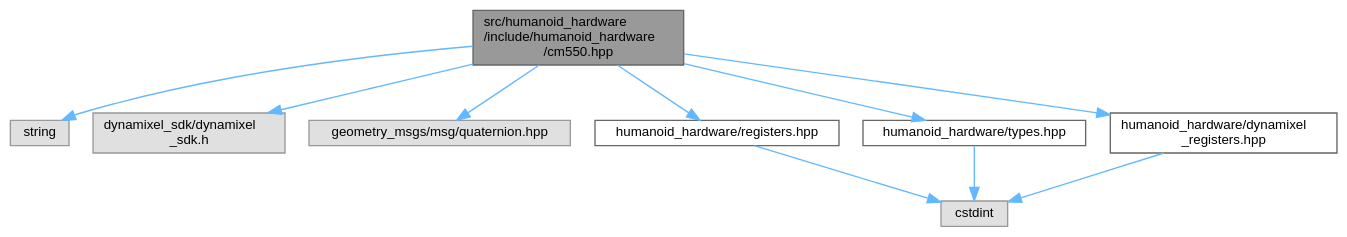
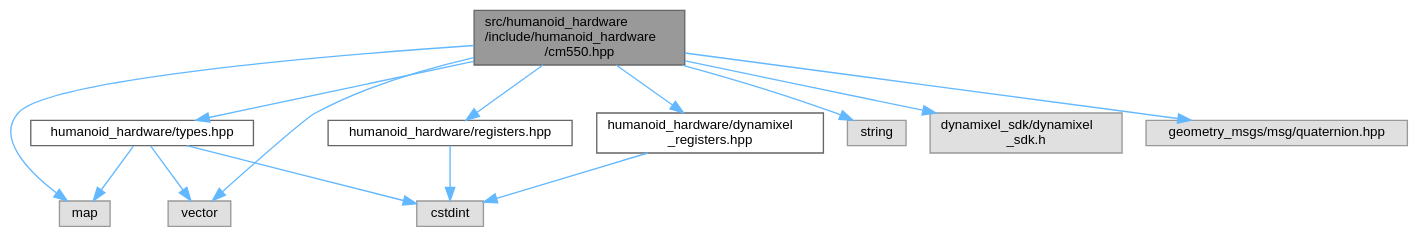
Before and after one commit to Sensor-Fusion-and-Advanced-Control/.github: the diagram in humanoid/api/cpp_generated/cm550_8hpp__incl.dot, drawn with Graphviz. The commit also changed 229 other files, not shown here.

```diff
--- a/humanoid/api/cpp_generated/cm550_8hpp__incl.dot
+++ b/humanoid/api/cpp_generated/cm550_8hpp__incl.dot
@@ -1,24 +1,30 @@
 digraph "src/humanoid_hardware/include/humanoid_hardware/cm550.hpp"
 {
  // LATEX_PDF_SIZE
   bgcolor="transparent";
   edge [fontname=Helvetica,fontsize=10,labelfontname=Helvetica,labelfontsize=10];
   node [fontname=Helvetica,fontsize=10,shape=box,height=0.2,width=0.4];
   Node1 [id="Node000001",label="src/humanoid_hardware\l/include/humanoid_hardware\l/cm550.hpp",height=0.2,width=0.4,color="gray40", fillcolor="grey60", style="filled", fontcolor="black",tooltip=" "];
   Node1 -> Node2 [id="edge1_Node000001_Node000002",color="steelblue1",style="solid",tooltip=" "];
-  Node2 [id="Node000002",label="string",height=0.2,width=0.4,color="grey60", fillcolor="#E0E0E0", style="filled",tooltip=" "];
+  Node2 [id="Node000002",label="map",height=0.2,width=0.4,color="grey60", fillcolor="#E0E0E0", style="filled",tooltip=" "];
   Node1 -> Node3 [id="edge2_Node000001_Node000003",color="steelblue1",style="solid",tooltip=" "];
-  Node3 [id="Node000003",label="dynamixel_sdk/dynamixel\l_sdk.h",height=0.2,width=0.4,color="grey60", fillcolor="#E0E0E0", style="filled",tooltip=" "];
+  Node3 [id="Node000003",label="string",height=0.2,width=0.4,color="grey60", fillcolor="#E0E0E0", style="filled",tooltip=" "];
   Node1 -> Node4 [id="edge3_Node000001_Node000004",color="steelblue1",style="solid",tooltip=" "];
-  Node4 [id="Node000004",label="geometry_msgs/msg/quaternion.hpp",height=0.2,width=0.4,color="grey60", fillcolor="#E0E0E0", style="filled",tooltip=" "];
+  Node4 [id="Node000004",label="vector",height=0.2,width=0.4,color="grey60", fillcolor="#E0E0E0", style="filled",tooltip=" "];
   Node1 -> Node5 [id="edge4_Node000001_Node000005",color="steelblue1",style="solid",tooltip=" "];
-  Node5 [id="Node000005",label="humanoid_hardware/registers.hpp",height=0.2,width=0.4,color="grey40", fillcolor="white", style="filled",URL="$registers_8hpp.html",tooltip=" "];
-  Node5 -> Node6 [id="edge5_Node000005_Node000006",color="steelblue1",style="solid",tooltip=" "];
-  Node6 [id="Node000006",label="cstdint",height=0.2,width=0.4,color="grey60", fillcolor="#E0E0E0", style="filled",tooltip=" "];
+  Node5 [id="Node000005",label="dynamixel_sdk/dynamixel\l_sdk.h",height=0.2,width=0.4,color="grey60", fillcolor="#E0E0E0", style="filled",tooltip=" "];
+  Node1 -> Node6 [id="edge5_Node000001_Node000006",color="steelblue1",style="solid",tooltip=" "];
+  Node6 [id="Node000006",label="geometry_msgs/msg/quaternion.hpp",height=0.2,width=0.4,color="grey60", fillcolor="#E0E0E0", style="filled",tooltip=" "];
   Node1 -> Node7 [id="edge6_Node000001_Node000007",color="steelblue1",style="solid",tooltip=" "];
-  Node7 [id="Node000007",label="humanoid_hardware/types.hpp",height=0.2,width=0.4,color="grey40", fillcolor="white", style="filled",URL="$types_8hpp.html",tooltip=" "];
-  Node7 -> Node6 [id="edge7_Node000007_Node000006",color="steelblue1",style="solid",tooltip=" "];
-  Node1 -> Node8 [id="edge8_Node000001_Node000008",color="steelblue1",style="solid",tooltip=" "];
-  Node8 [id="Node000008",label="humanoid_hardware/dynamixel\l_registers.hpp",height=0.2,width=0.4,color="grey40", fillcolor="white", style="filled",URL="$dynamixel__registers_8hpp.html",tooltip=" "];
-  Node8 -> Node6 [id="edge9_Node000008_Node000006",color="steelblue1",style="solid",tooltip=" "];
+  Node7 [id="Node000007",label="humanoid_hardware/registers.hpp",height=0.2,width=0.4,color="grey40", fillcolor="white", style="filled",URL="$registers_8hpp.html",tooltip=" "];
+  Node7 -> Node8 [id="edge7_Node000007_Node000008",color="steelblue1",style="solid",tooltip=" "];
+  Node8 [id="Node000008",label="cstdint",height=0.2,width=0.4,color="grey60", fillcolor="#E0E0E0", style="filled",tooltip=" "];
+  Node1 -> Node9 [id="edge8_Node000001_Node000009",color="steelblue1",style="solid",tooltip=" "];
+  Node9 [id="Node000009",label="humanoid_hardware/types.hpp",height=0.2,width=0.4,color="grey40", fillcolor="white", style="filled",URL="$types_8hpp.html",tooltip=" "];
+  Node9 -> Node8 [id="edge9_Node000009_Node000008",color="steelblue1",style="solid",tooltip=" "];
+  Node9 -> Node2 [id="edge10_Node000009_Node000002",color="steelblue1",style="solid",tooltip=" "];
+  Node9 -> Node4 [id="edge11_Node000009_Node000004",color="steelblue1",style="solid",tooltip=" "];
+  Node1 -> Node10 [id="edge12_Node000001_Node000010",color="steelblue1",style="solid",tooltip=" "];
+  Node10 [id="Node000010",label="humanoid_hardware/dynamixel\l_registers.hpp",height=0.2,width=0.4,color="grey40", fillcolor="white", style="filled",URL="$dynamixel__registers_8hpp.html",tooltip=" "];
+  Node10 -> Node8 [id="edge13_Node000010_Node000008",color="steelblue1",style="solid",tooltip=" "];
 }
```
